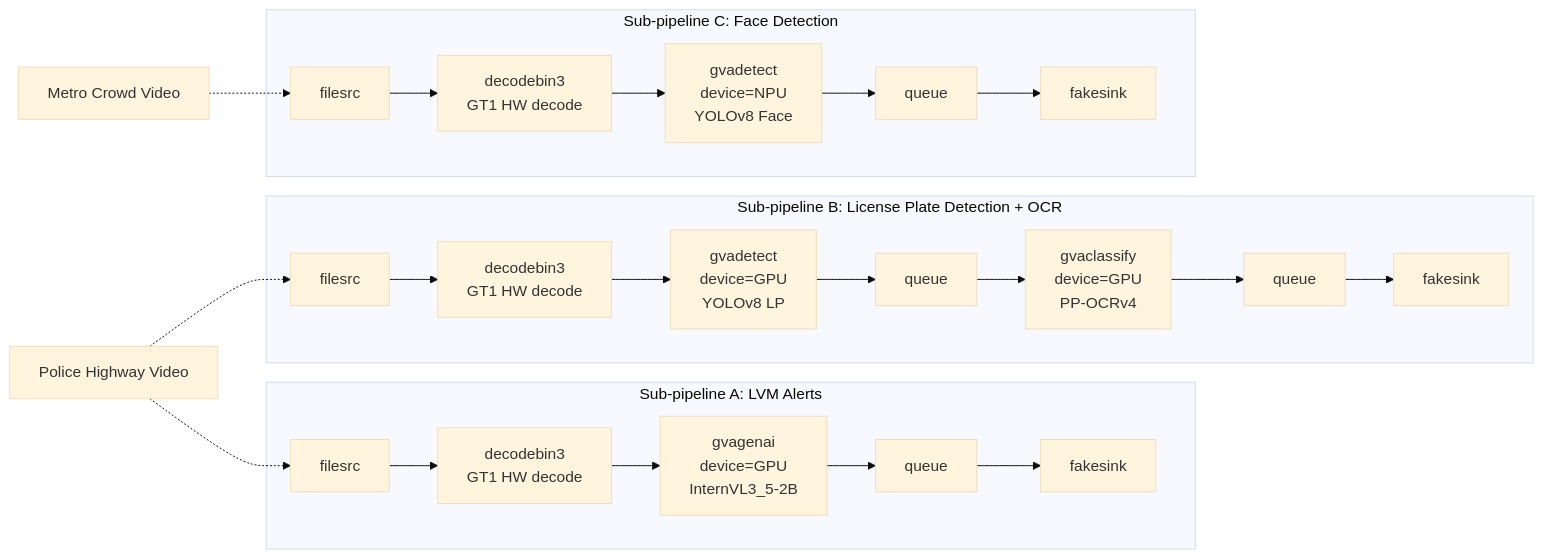
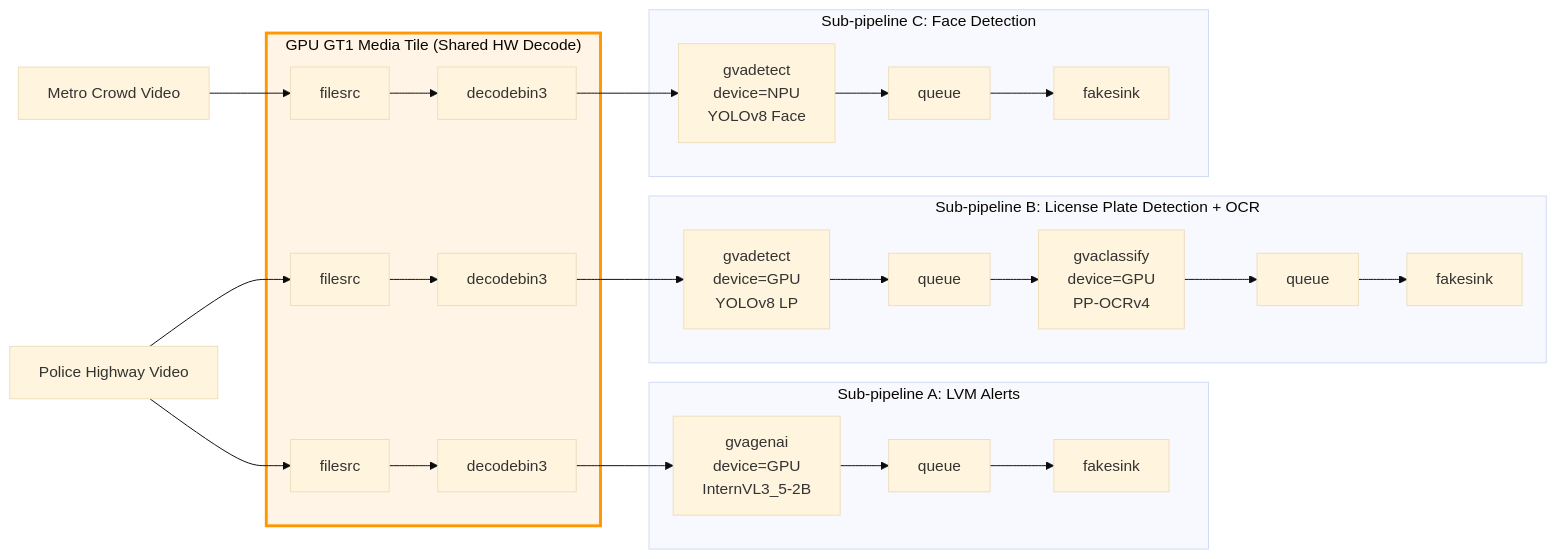
One commit to open-edge-platform/dlstreamer changed the third of 3 diagrams in docs/user-guide/dev_guide/heterogeneous_systems_guide.md. Above: the diagram before and after it, drawn with Mermaid (base theme). The commit also changed other lines of this file, not shown here.

Commit message:
Update diagrams

````diff
--- a/docs/user-guide/dev_guide/heterogeneous_systems_guide.md
+++ b/docs/user-guide/dev_guide/heterogeneous_systems_guide.md
@@ -317,18 +322,29 @@
 ```mermaid
 flowchart LR
+    Video1["Police Highway Video"]
+    Video2["Metro Crowd Video"]
+    
+    Video1 --> V1A[filesrc]
+    Video1 --> V1B[filesrc]
+    Video2 --> V2[filesrc]
+    
+    subgraph GT1["GPU GT1 Media Tile (Shared HW Decode)"]
+        V1A --> D1[decodebin3]
+        V1B --> D2[decodebin3]
+        V2 --> D3[decodebin3]
+    end
+    
     subgraph SubA["Sub-pipeline A: LVM Alerts"]
-        V1A[filesrc] --> D1["decodebin3<br/>GT1 HW decode"] --> LVM["gvagenai<br/>device=GPU<br/>InternVL3_5-2B"] --> Q1[queue] --> F1[fakesink]
+        D1 --> LVM["gvagenai<br/>device=GPU<br/>InternVL3_5-2B"] --> Q1[queue] --> F1[fakesink]
     end
-
+    
     subgraph SubB["Sub-pipeline B: License Plate Detection + OCR"]
-        V1B[filesrc] --> D2["decodebin3<br/>GT1 HW decode"] --> DET["gvadetect<br/>device=GPU<br/>YOLOv8 LP"] --> Q2[queue] --> OCR["gvaclassify<br/>device=GPU<br/>PP-OCRv4"] --> Q3[queue] --> F2[fakesink]
+        D2 --> DET["gvadetect<br/>device=GPU<br/>YOLOv8 LP"] --> Q2[queue] --> OCR["gvaclassify<br/>device=GPU<br/>PP-OCRv4"] --> Q3[queue] --> F2[fakesink]
     end
-
+    
     subgraph SubC["Sub-pipeline C: Face Detection"]
-        V2[filesrc] --> D3["decodebin3<br/>GT1 HW decode"] --> FACE["gvadetect<br/>device=NPU<br/>YOLOv8 Face"] --> Q4[queue] --> F3[fakesink]
+        D3 --> FACE["gvadetect<br/>device=NPU<br/>YOLOv8 Face"] --> Q4[queue] --> F3[fakesink]
     end
-
-    Video1["Police Highway Video"] -.-> V1A
-    Video1 -.-> V1B
-    Video2["Metro Crowd Video"] -.-> V2
+    
+    style GT1 fill:#fff4e6,stroke:#ff9800,stroke-width:3px
 ```
````
